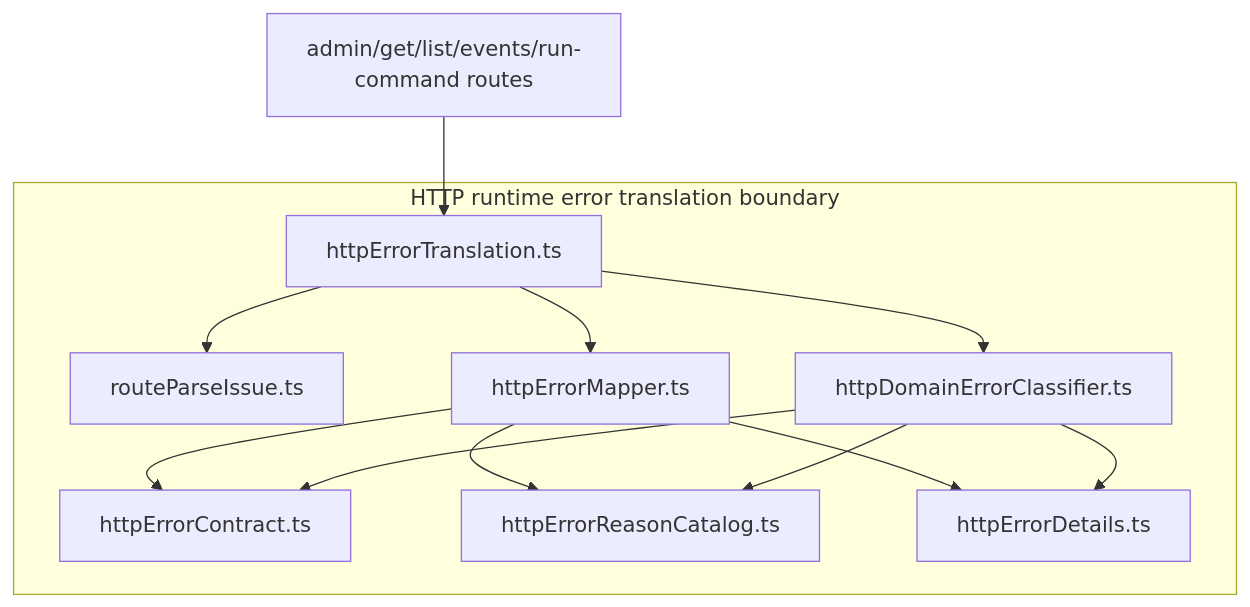
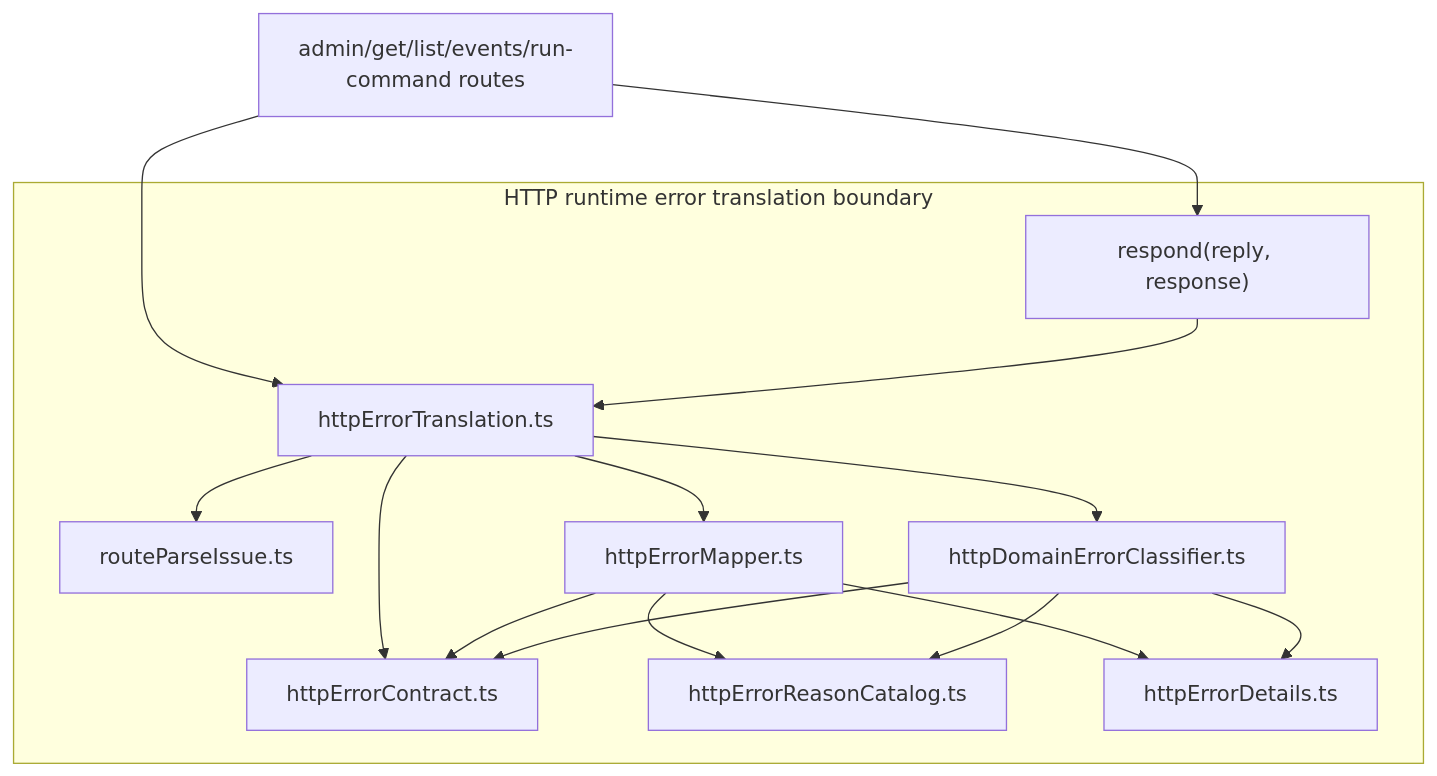
The second of 3 diagrams in apps/api/docs/http-runtime-error-translation-component.md (dunay2/dvt), drawn with Mermaid before and after one commit. The commit also changed other lines of this file and 14 other files, not shown here.

````diff
--- a/apps/api/docs/http-runtime-error-translation-component.md
+++ b/apps/api/docs/http-runtime-error-translation-component.md
@@ -84,23 +94,27 @@
 ```mermaid
 flowchart TB
   subgraph Boundary["HTTP runtime error translation boundary"]
     Contract["httpErrorContract.ts"]
     Api["httpErrorTranslation.ts"]
+    Writer["respond(reply, response)"]
     Reasons["httpErrorReasonCatalog.ts"]
     Parse["routeParseIssue.ts"]
     Mapper["httpErrorMapper.ts"]
     Classifier["httpDomainErrorClassifier.ts"]
     Details["httpErrorDetails.ts"]
   end
 
   Routes["admin/get/list/events/run-command routes"] --> Api
+  Routes --> Writer
+  Writer --> Api
   Api --> Parse
   Api --> Mapper
   Api --> Classifier
+  Api --> Contract
   Mapper --> Contract
   Classifier --> Contract
   Mapper --> Reasons
   Classifier --> Reasons
   Mapper --> Details
   Classifier --> Details
 ```
````
